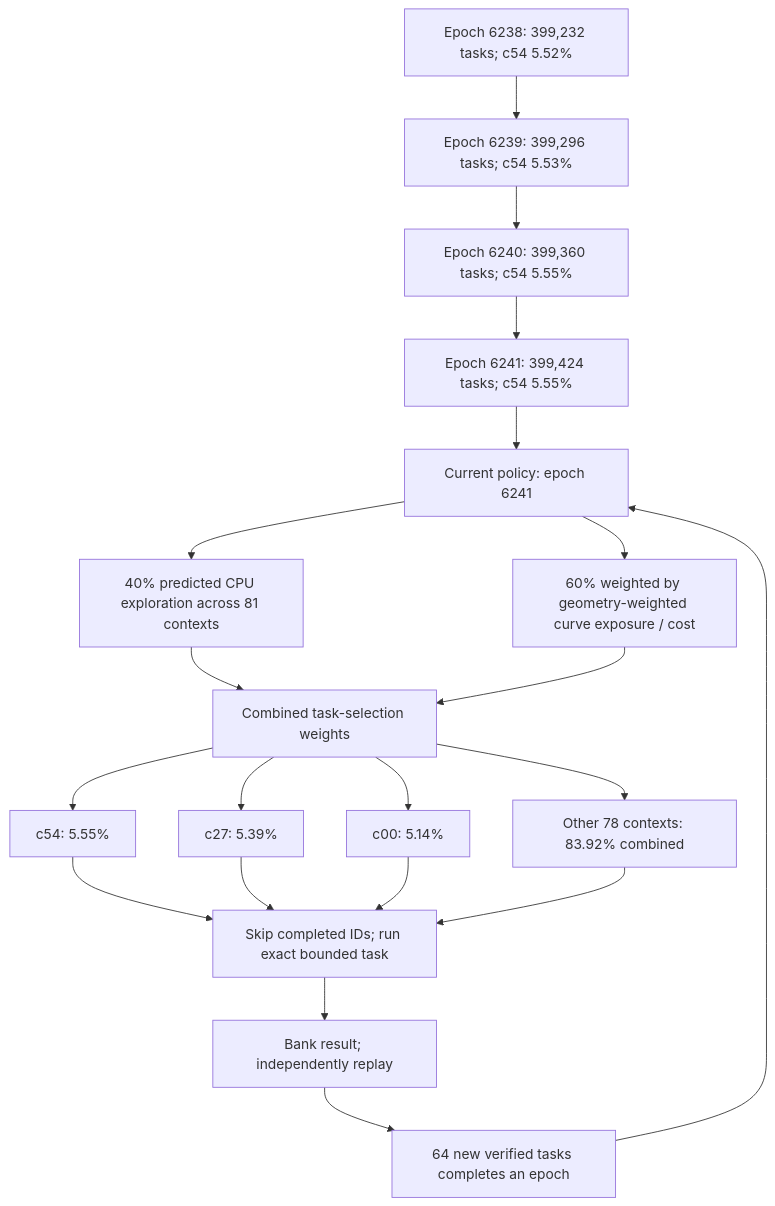
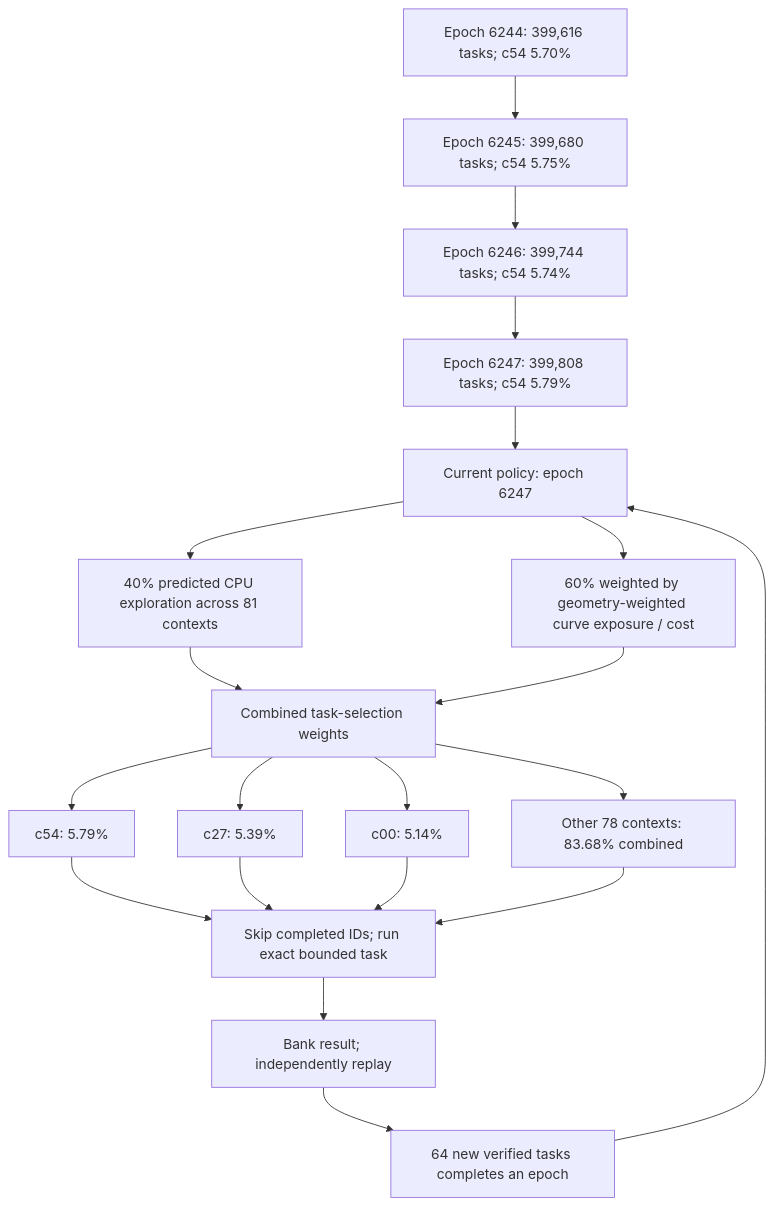
One commit to Kuberwastaken/math-gambling changed the first of 4 diagrams in README.md. Above: the diagram before and after it, drawn with Mermaid. The commit also changed other lines of this file and 940 other files, not shown here.

````diff
--- a/README.md
+++ b/README.md
@@ -60,27 +60,27 @@
 ```mermaid
 flowchart TD
-    H0["Epoch 6238: 399,232 tasks; c54 5.52%"]
-    H1["Epoch 6239: 399,296 tasks; c54 5.53%"]
+    H0["Epoch 6244: 399,616 tasks; c54 5.70%"]
+    H1["Epoch 6245: 399,680 tasks; c54 5.75%"]
     H0 --> H1
-    H2["Epoch 6240: 399,360 tasks; c54 5.55%"]
+    H2["Epoch 6246: 399,744 tasks; c54 5.74%"]
     H1 --> H2
-    H3["Epoch 6241: 399,424 tasks; c54 5.55%"]
+    H3["Epoch 6247: 399,808 tasks; c54 5.79%"]
     H2 --> H3
-    Policy["Current policy: epoch 6241"]
+    Policy["Current policy: epoch 6247"]
     H3 --> Policy
     Policy --> Explore["40% predicted CPU exploration across 81 contexts"]
     Policy --> Cost["60% weighted by geometry-weighted curve exposure / cost"]
     Explore --> Mix["Combined task-selection weights"]
     Cost --> Mix
-    Mix --> C0["c54: 5.55%"]
+    Mix --> C0["c54: 5.79%"]
     Mix --> C1["c27: 5.39%"]
     Mix --> C2["c00: 5.14%"]
-    Mix --> Rest["Other 78 contexts: 83.92% combined"]
+    Mix --> Rest["Other 78 contexts: 83.68% combined"]
     C0 --> Check["Skip completed IDs; run exact bounded task"]
     C1 --> Check
     C2 --> Check
     Rest --> Check
     Check --> Replay["Bank result; independently replay"]
     Replay --> Gate["64 new verified tasks completes an epoch"]
     Gate --> Policy
 ```
````
